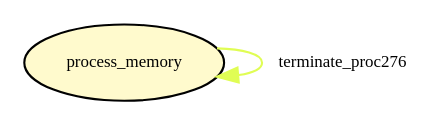
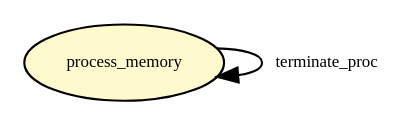
One commit to TinkerBellSystem/graph-matching changed the diagram in tmp/provenance_cred_free.dot. Above: the diagram before and after it, drawn with Graphviz. The commit also changed 64 other files, not shown here.

Commit message:
simply graph

```diff
--- a/tmp/provenance_cred_free.dot
+++ b/tmp/provenance_cred_free.dot
@@ -1,5 +1,5 @@
 digraph RGL__DirectedAdjacencyGraph {process_memory[fontsize = 8,label = "process_memory",shape = ellipse, fillcolor="#fffacd", style = filled]
 
-process_memory -> process_memory[fontsize = 8,label = "terminate_proc276", color="#e0fd54"]
+process_memory -> process_memory[fontsize = 8,label = "terminate_proc", color="#000000"]
 
 }
```
